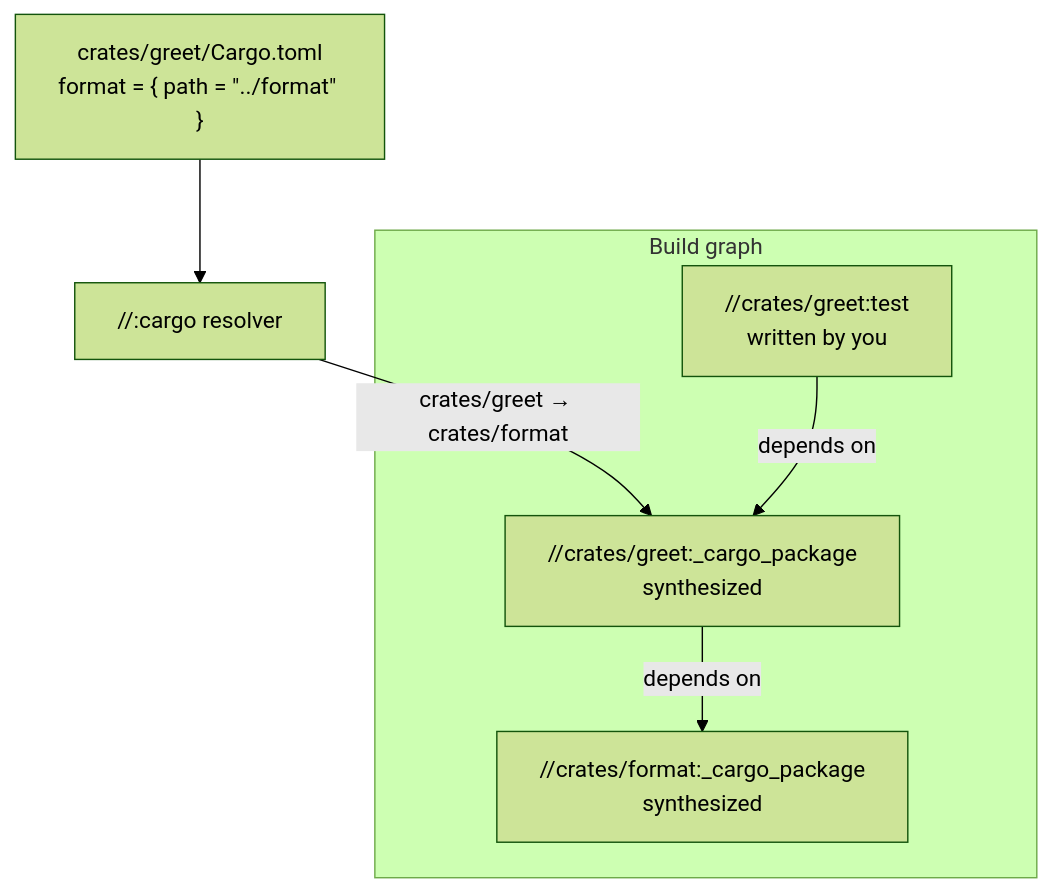
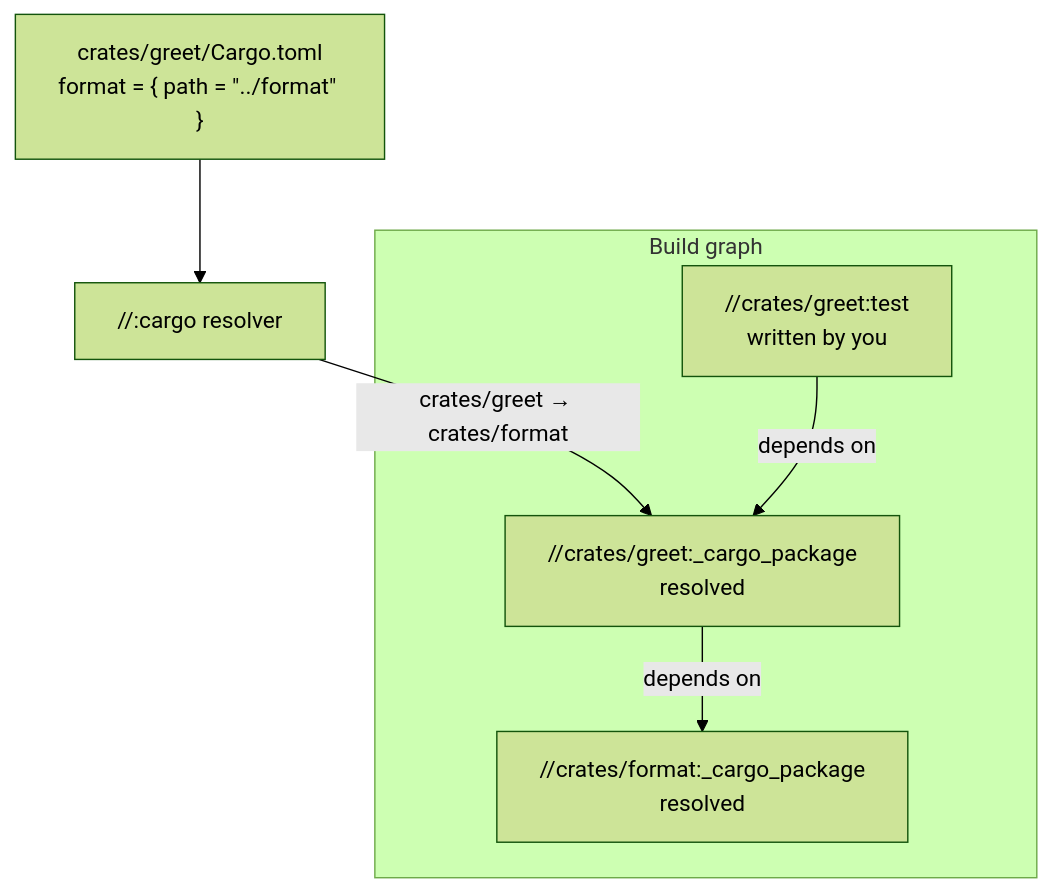
Before and after one commit to chrismatix/grog: the diagram in docs/src/content/docs/topics/dependency-inference.mdx, drawn with Mermaid (forest theme). The commit also changed other lines of this file, not shown here.

Commit message:
improve wording

````diff
--- a/docs/src/content/docs/topics/dependency-inference.mdx
+++ b/docs/src/content/docs/topics/dependency-inference.mdx
@@ -90,9 +90,9 @@
 ```mermaid
 flowchart TD
   M["crates/greet/Cargo.toml<br/>format = { path = &quot;../format&quot; }"] --> R["//:cargo resolver"]
   R -->|"crates/greet → crates/format"| G
   subgraph buildGraph["Build graph"]
-    T["//crates/greet:test<br/>written by you"] -->|depends on| G["//crates/greet:_cargo_package<br/>synthesized"]
-    G -->|depends on| F["//crates/format:_cargo_package<br/>synthesized"]
+    T["//crates/greet:test<br/>written by you"] -->|depends on| G["//crates/greet:_cargo_package<br/>resolved"]
+    G -->|depends on| F["//crates/format:_cargo_package<br/>resolved"]
   end
 ```
````
